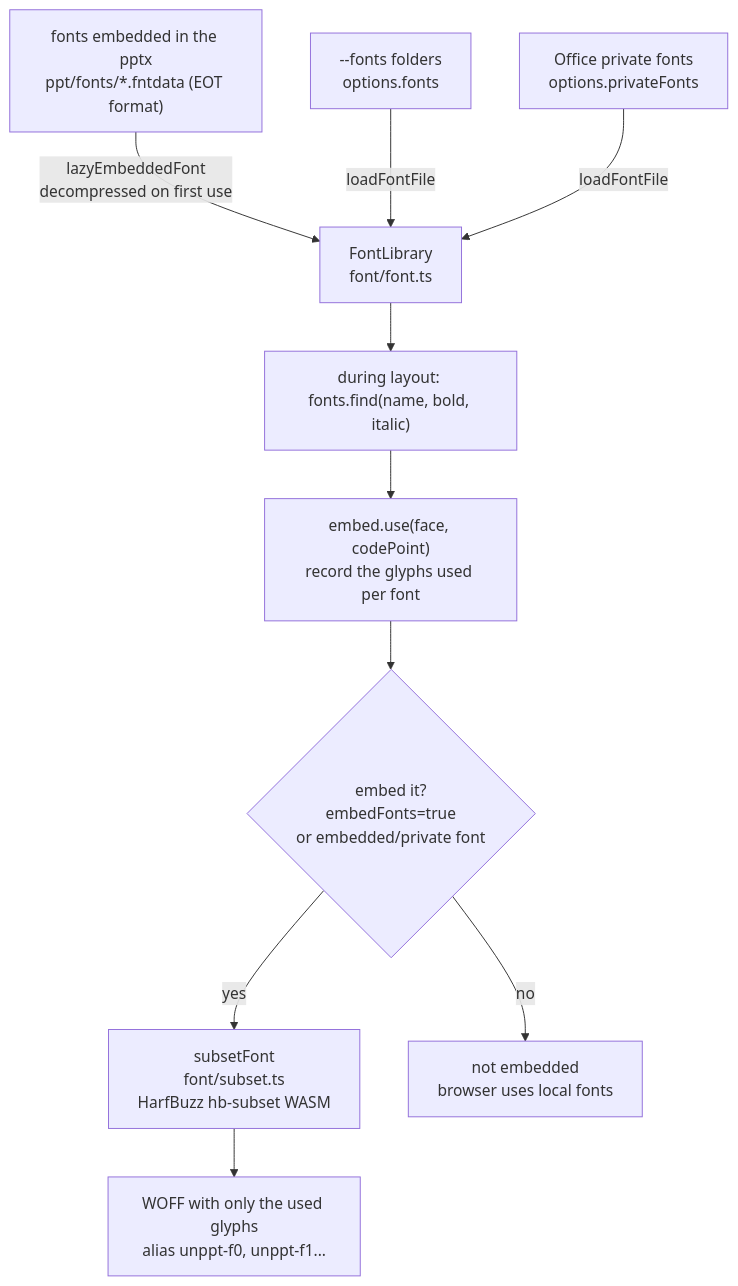
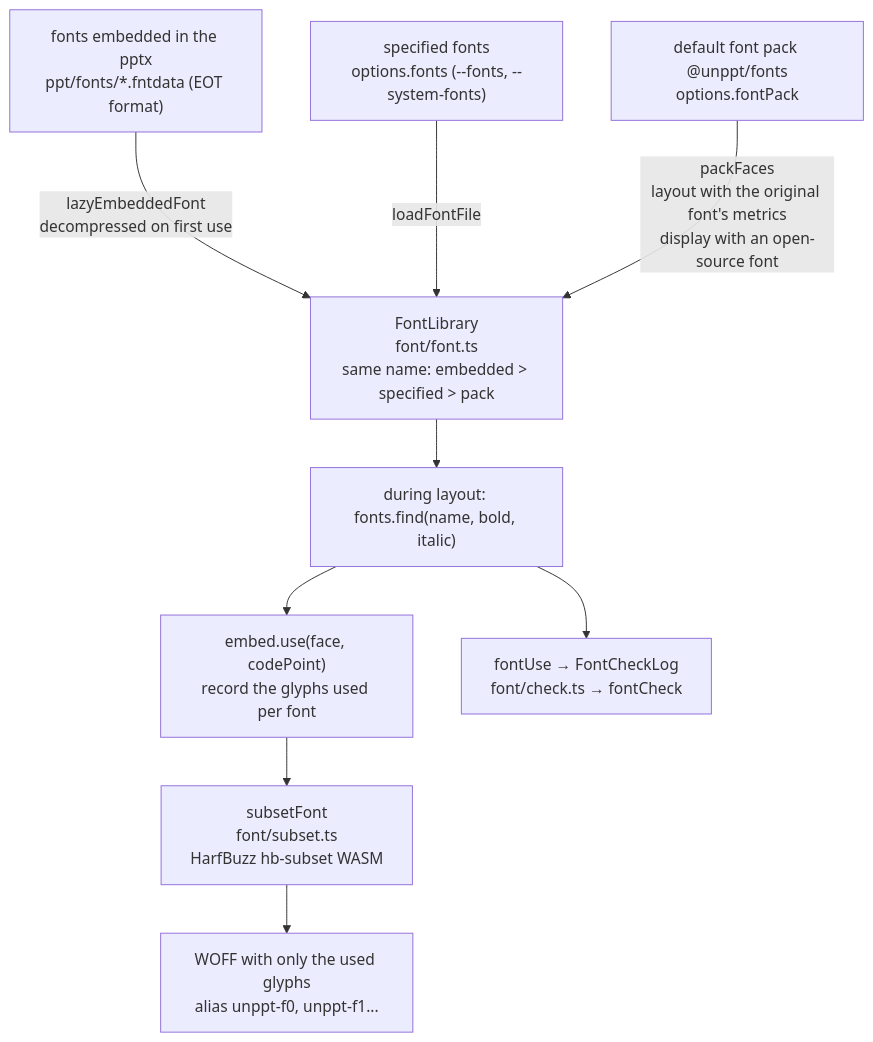
One commit to spitmaster/unppt changed diagram 17 of 22 in docs/en/transcoding.md. Above: the diagram before and after it, drawn with Mermaid. The commit also changed other lines of this file and 15 other files, not shown here.

First line of the commit message:
docs: 按 0.3.0 的字体方案重写中英文文档（默认字体包、度量包、unppt check、指定字体）

````diff
--- a/docs/en/transcoding.md
+++ b/docs/en/transcoding.md
@@ -767,12 +774,11 @@
 ```mermaid
 flowchart TD
   e["fonts embedded in the pptx<br/>ppt/fonts/*.fntdata (EOT format)"] -->|"lazyEmbeddedFont<br/>decompressed on first use"| lib
-  u["--fonts folders<br/>options.fonts"] -->|loadFontFile| lib
-  p["Office private fonts<br/>options.privateFonts"] -->|loadFontFile| lib
-  lib["FontLibrary<br/>font/font.ts"] --> layout["during layout: fonts.find(name, bold, italic)"]
+  u["specified fonts<br/>options.fonts (--fonts, --system-fonts)"] -->|loadFontFile| lib
+  p["default font pack @unppt/fonts<br/>options.fontPack"] -->|"packFaces<br/>layout with the original font's metrics<br/>display with an open-source font"| lib
+  lib["FontLibrary<br/>font/font.ts<br/>same name: embedded > specified > pack"] --> layout["during layout: fonts.find(name, bold, italic)"]
   layout --> use["embed.use(face, codePoint)<br/>record the glyphs used per font"]
-  use --> q{"embed it?<br/>embedFonts=true<br/>or embedded/private font"}
-  q -->|yes| sub["subsetFont<br/>font/subset.ts<br/>HarfBuzz hb-subset WASM"]
+  layout --> chk["fontUse → FontCheckLog<br/>font/check.ts → fontCheck"]
+  use --> sub["subsetFont<br/>font/subset.ts<br/>HarfBuzz hb-subset WASM"]
   sub --> woff["WOFF with only the used glyphs<br/>alias unppt-f0, unppt-f1..."]
-  q -->|no| none["not embedded<br/>browser uses local fonts"]
 ```
````
